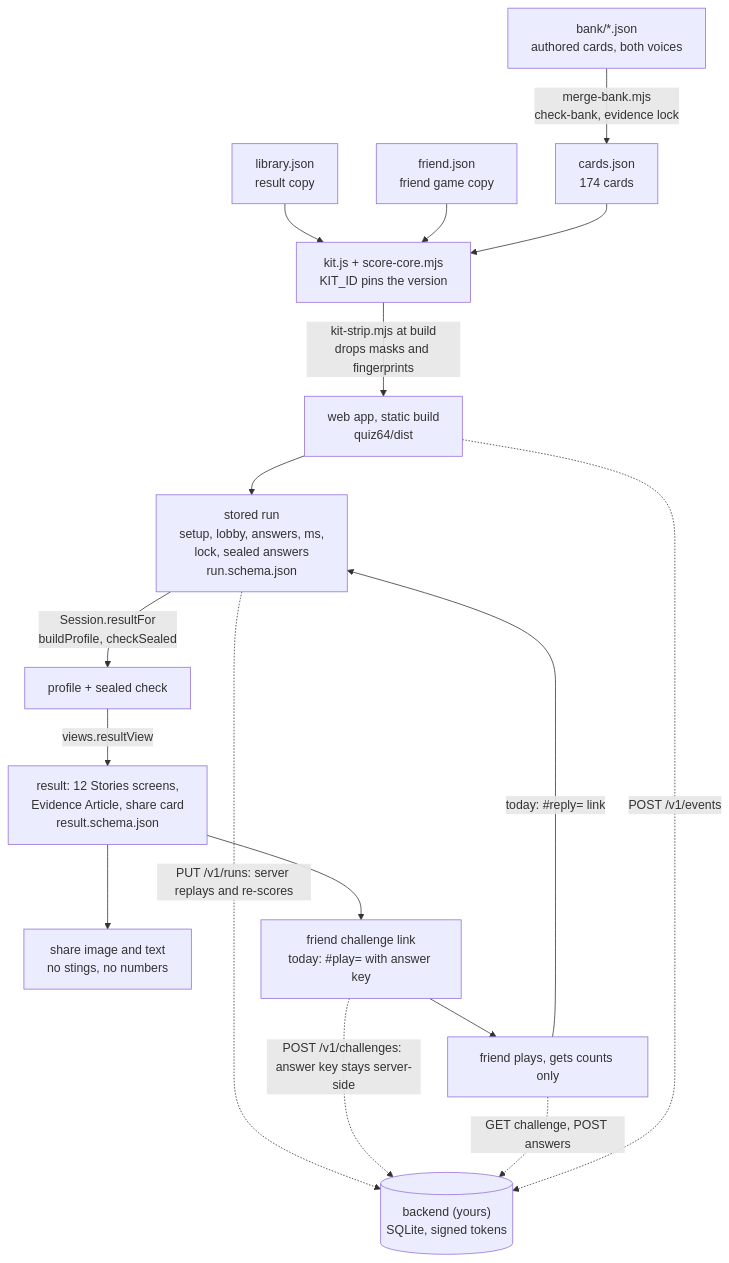
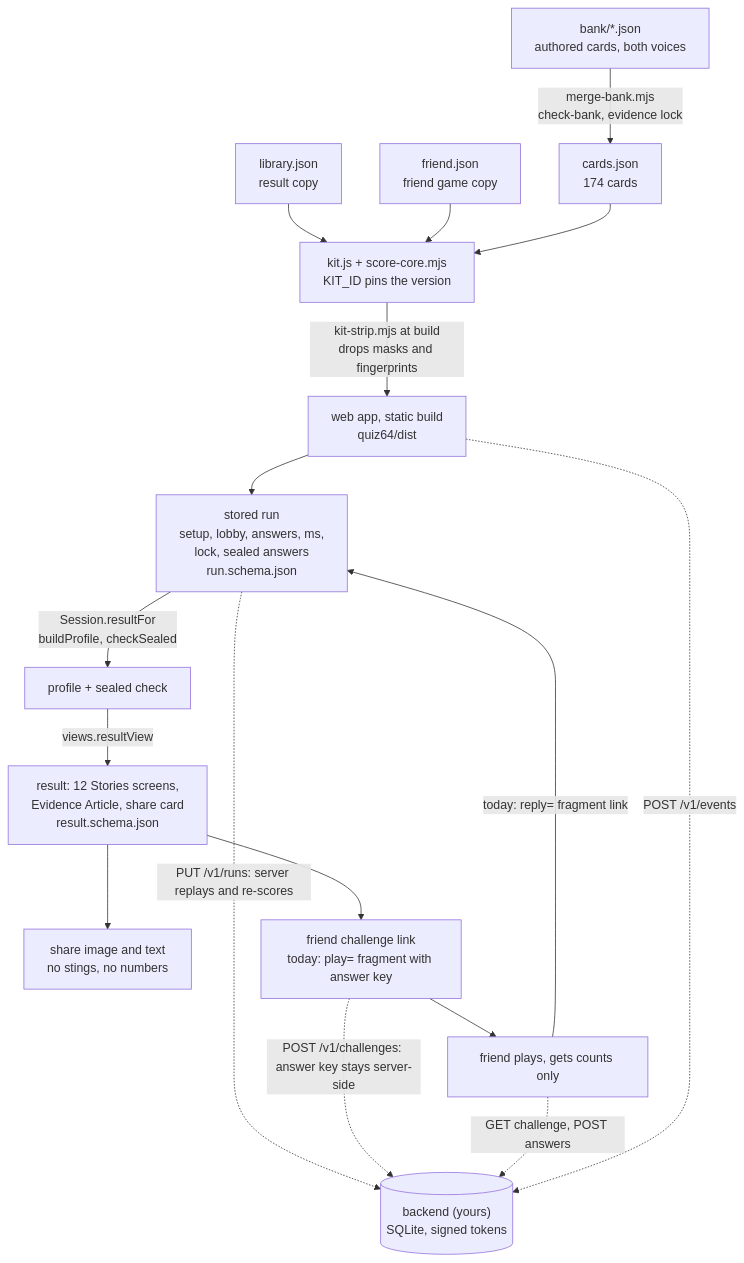
Before and after one commit to Augustexe/mirrormii-survey: the diagram in docs/HANDOFF-DESMOND.md, drawn with Mermaid. The commit also changed other lines of this file and 3 other files, not shown here.

Commit message:
K3: re-validate contracts after the Evidence Article landed; check the article builds from resultView alone; refresh examples; hash-safe mermaid labels

````diff
--- a/docs/HANDOFF-DESMOND.md
+++ b/docs/HANDOFF-DESMOND.md
@@ -31,19 +31,19 @@
 ```mermaid
 flowchart TD
   BANK["bank/*.json<br/>authored cards, both voices"] -->|merge-bank.mjs<br/>check-bank, evidence lock| CARDS["cards.json<br/>174 cards"]
   LIB["library.json<br/>result copy"] --> KIT
   FRJ["friend.json<br/>friend game copy"] --> KIT
   CARDS --> KIT["kit.js + score-core.mjs<br/>KIT_ID pins the version"]
   KIT -->|kit-strip.mjs at build<br/>drops masks and fingerprints| APP["web app, static build<br/>quiz64/dist"]
   APP --> RUN["stored run<br/>setup, lobby, answers, ms,<br/>lock, sealed answers<br/>run.schema.json"]
   RUN -->|Session.resultFor<br/>buildProfile, checkSealed| SCORE["profile + sealed check"]
   SCORE -->|views.resultView| RESULT["result: 12 Stories screens,<br/>Evidence Article, share card<br/>result.schema.json"]
   RESULT --> SHARE["share image and text<br/>no stings, no numbers"]
-  RESULT --> LINK["friend challenge link<br/>today: #play= with answer key"]
+  RESULT --> LINK["friend challenge link<br/>today: play= fragment with answer key"]
   LINK --> FRIEND["friend plays, gets counts only"]
-  FRIEND -->|today: #reply= link| RUN
+  FRIEND -->|today: reply= fragment link| RUN
   RUN -.->|PUT /v1/runs: server replays and re-scores| API[("backend (yours)<br/>SQLite, signed tokens")]
   LINK -.->|POST /v1/challenges: answer key stays server-side| API
   FRIEND -.->|GET challenge, POST answers| API
   APP -.->|POST /v1/events| API
 ```
````
